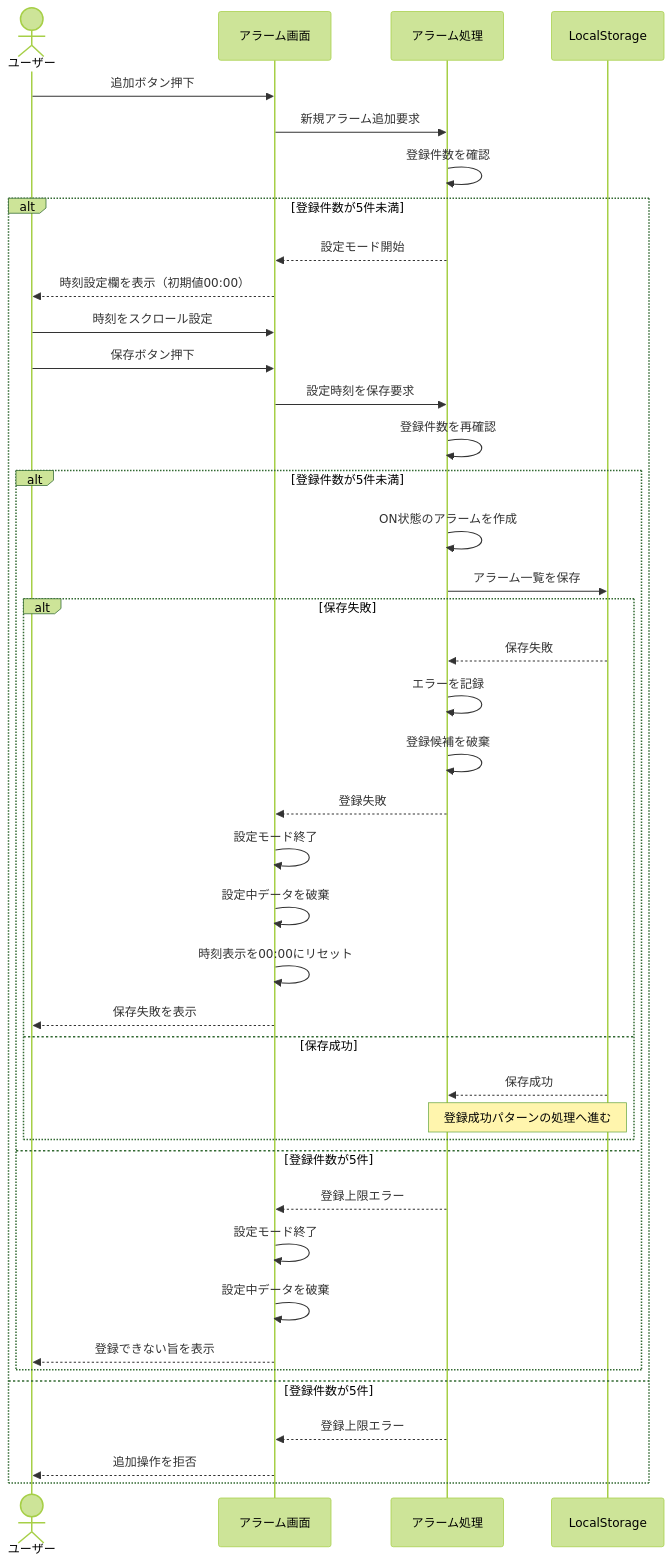
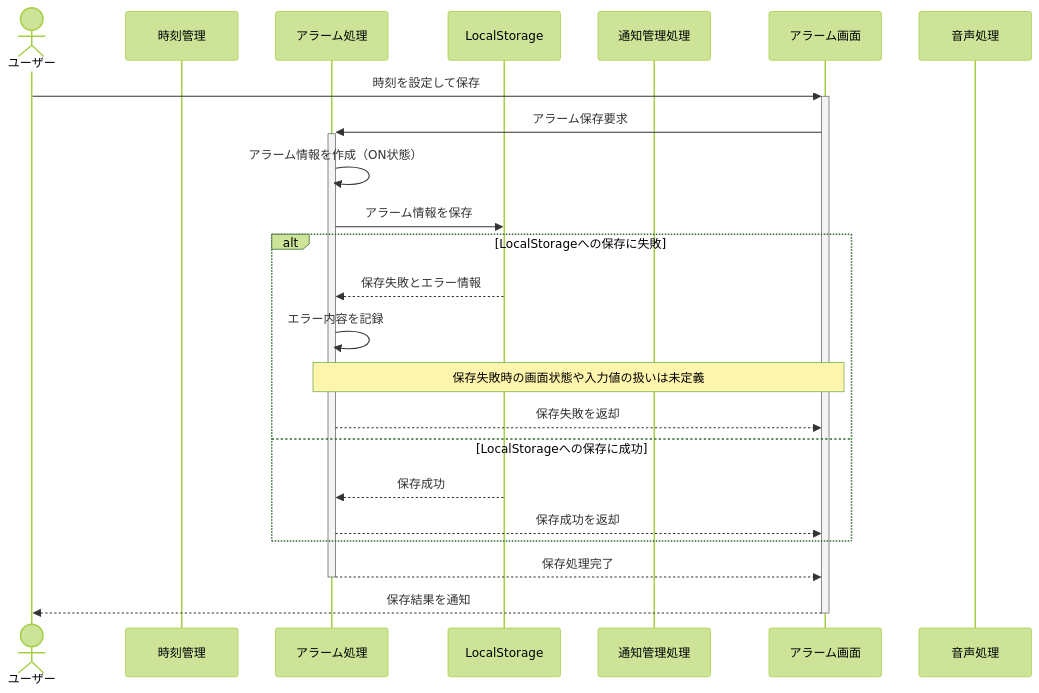
One commit to shun62201234-crypto/timerApplication changed the second of 6 diagrams in document/設計/シーケンス図/アラームシーケンス図.md. Above: the diagram before and after it, drawn with Mermaid (forest theme). The commit also changed other lines of this file, not shown here.

First line of the commit message:
アラーム関連シーケンス図の修正

````diff
--- a/document/設計/シーケンス図/アラームシーケンス図.md
+++ b/document/設計/シーケンス図/アラームシーケンス図.md
@@ -44,47 +48,28 @@
 ```mermaid
 sequenceDiagram
-    actor ユーザー
-    participant UI as アラーム画面
+    actor User as ユーザー
+    participant Clock as 時刻管理
     participant Alarm as アラーム処理
     participant Storage as LocalStorage
+    participant Notify as 通知管理処理
+    participant UI as アラーム画面
+    participant Audio as 音声処理
 
-    ユーザー->>UI: 追加ボタン押下
-    UI->>Alarm: 新規アラーム追加要求
-    Alarm->>Alarm: 登録件数を確認
+    User->>+UI: 時刻を設定して保存
+    UI->>+Alarm: アラーム保存要求
+    Alarm->>Alarm: アラーム情報を作成（ON状態）
+    Alarm->>Storage: アラーム情報を保存
 
-    alt 登録件数が5件未満
-        Alarm-->>UI: 設定モード開始
-        UI-->>ユーザー: 時刻設定欄を表示（初期値00:00）
-        ユーザー->>UI: 時刻をスクロール設定
-        ユーザー->>UI: 保存ボタン押下
-        UI->>Alarm: 設定時刻を保存要求
-        Alarm->>Alarm: 登録件数を再確認
+    alt LocalStorageへの保存に失敗
+        Storage-->>Alarm: 保存失敗とエラー情報
+        Alarm->>Alarm: エラー内容を記録
+        Note over Alarm,UI: 保存失敗時の画面状態や入力値の扱いは未定義
+        Alarm-->>UI: 保存失敗を返却
+    else LocalStorageへの保存に成功
+        Storage-->>Alarm: 保存成功
+        Alarm-->>UI: 保存成功を返却
+    end
 
-        alt 登録件数が5件未満
-            Alarm->>Alarm: ON状態のアラームを作成
-            Alarm->>Storage: アラーム一覧を保存
-
-            alt 保存失敗
-                Storage-->>Alarm: 保存失敗
-                Alarm->>Alarm: エラーを記録
-                Alarm->>Alarm: 登録候補を破棄
-                Alarm-->>UI: 登録失敗
-                UI->>UI: 設定モード終了
-                UI->>UI: 設定中データを破棄
-                UI->>UI: 時刻表示を00:00にリセット
-                UI-->>ユーザー: 保存失敗を表示
-            else 保存成功
-                Storage-->>Alarm: 保存成功
-                Note over Alarm,Storage: 登録成功パターンの処理へ進む
-            end
-        else 登録件数が5件
-            Alarm-->>UI: 登録上限エラー
-            UI->>UI: 設定モード終了
-            UI->>UI: 設定中データを破棄
-            UI-->>ユーザー: 登録できない旨を表示
-        end
-    else 登録件数が5件
-        Alarm-->>UI: 登録上限エラー
-        UI-->>ユーザー: 追加操作を拒否
-    end
+    Alarm-->>-UI: 保存処理完了
+    UI-->>-User: 保存結果を通知
 ```
````
